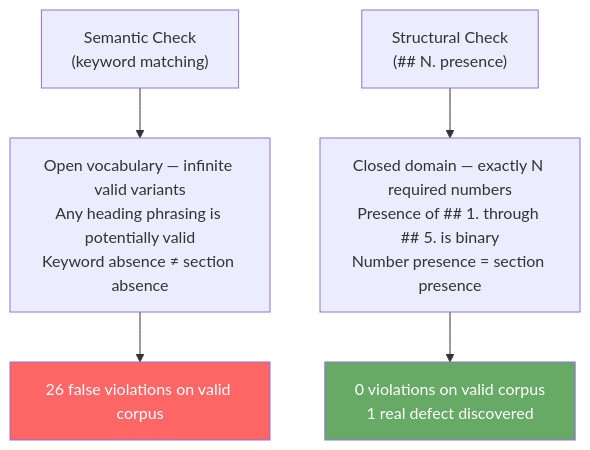
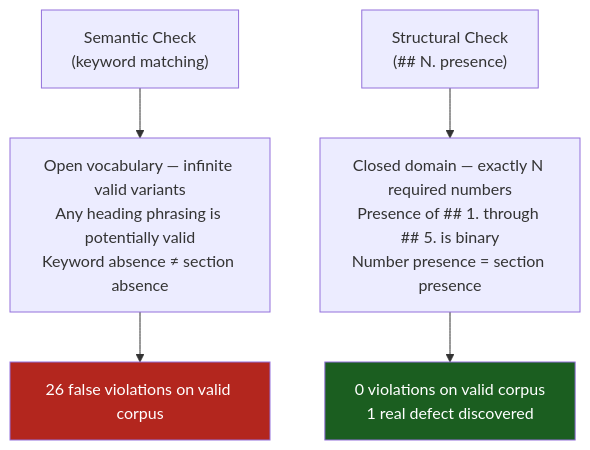
One commit to dan-petty/vibes changed the diagram in observations/devops-cli/17-semantic-validators-vs-structural-position-oracles.md. Above: the diagram before and after it, drawn with Mermaid. The commit also changed 21 other files, not shown here.

````diff
--- a/observations/devops-cli/17-semantic-validators-vs-structural-position-oracles.md
+++ b/observations/devops-cli/17-semantic-validators-vs-structural-position-oracles.md
@@ -90,17 +90,17 @@
 ```mermaid
 flowchart TD
     Semantic["Semantic Check\n(keyword matching)"]
     Structural["Structural Check\n(## N. presence)"]
 
     SemanticProblem["Open vocabulary — infinite valid variants\nAny heading phrasing is potentially valid\nKeyword absence ≠ section absence"]
     StructuralProperty["Closed domain — exactly N required numbers\nPresence of ## 1. through ## 5. is binary\nNumber presence = section presence"]
 
     Semantic --> SemanticProblem
     Structural --> StructuralProperty
 
     SemanticProblem --> FalsePositive["26 false violations on valid corpus"]
     StructuralProperty --> Correct["0 violations on valid corpus\n1 real defect discovered"]
 
-    style FalsePositive fill:#f66,color:#fff
-    style Correct fill:#6a6,color:#fff
+    style FalsePositive fill:#b3261e,color:#fff
+    style Correct fill:#1b5e20,color:#fff
 ```
````
